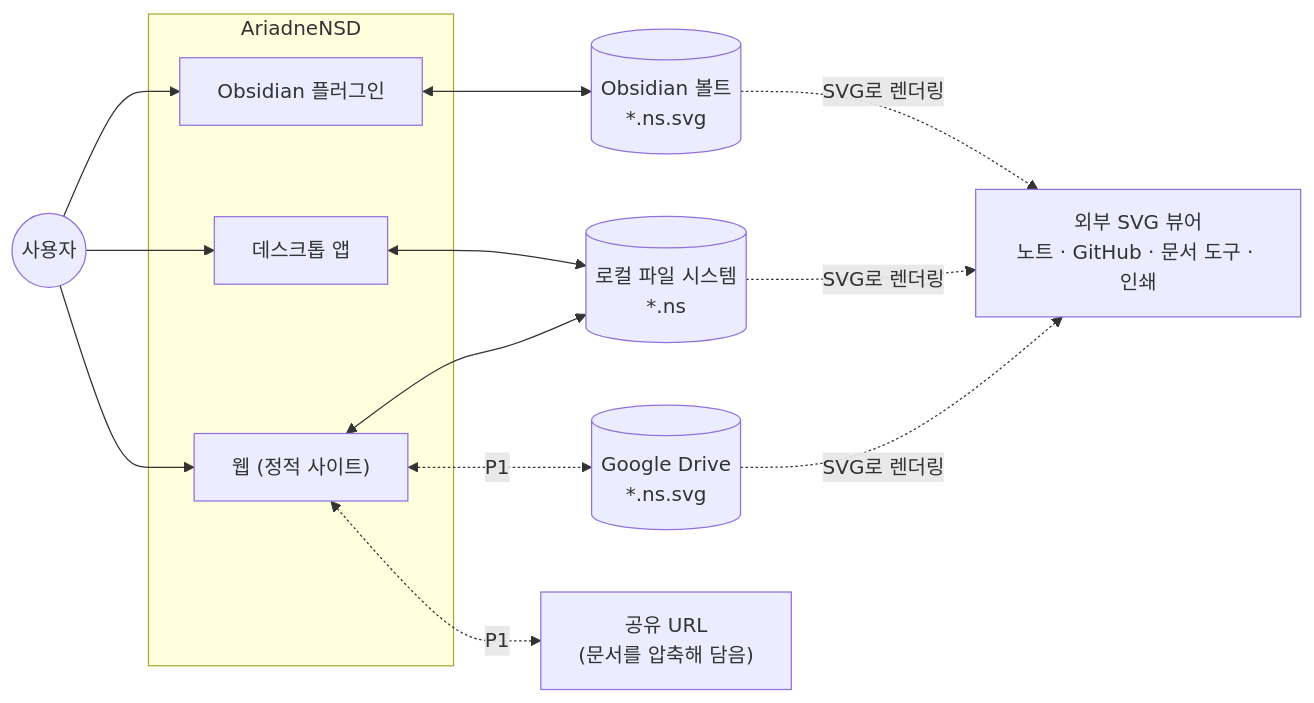
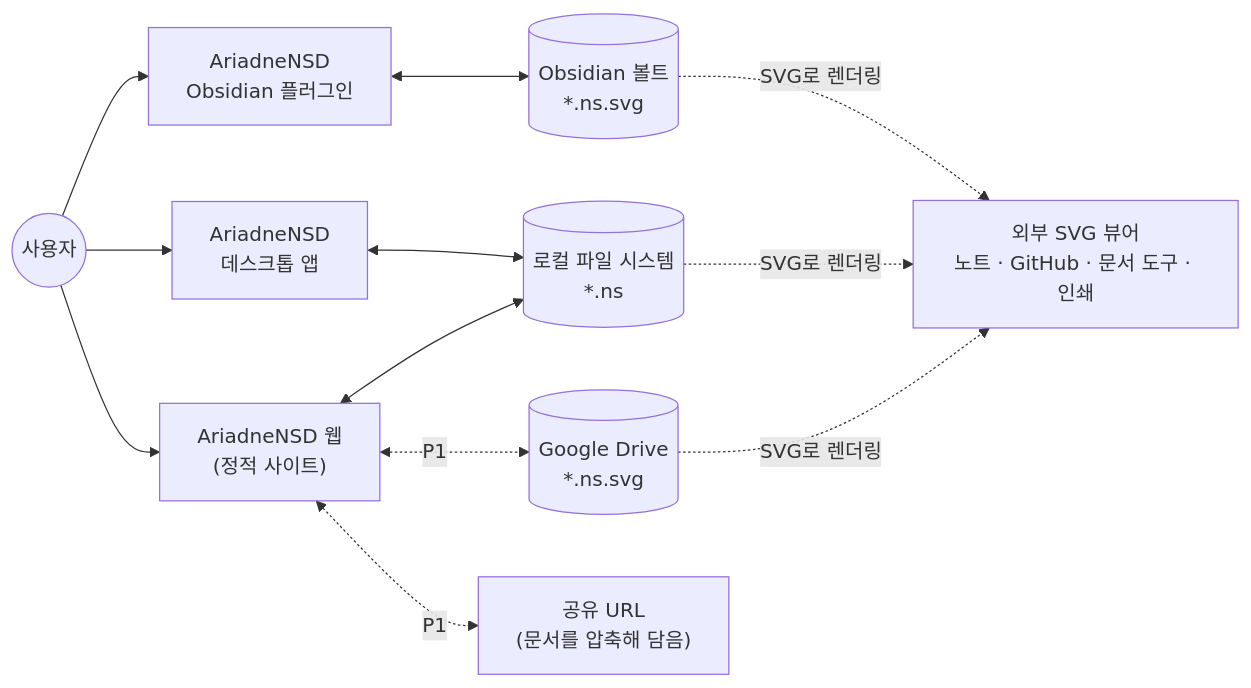
Before and after one commit to reddiana/AriadneNSD: the first of 6 diagrams in docs/03-architecture/03-architecture.md, drawn with Mermaid. The commit also changed other lines of this file, not shown here.

Commit message:
docs(architecture): 앱 셋은 따로 실행되는 프로그램임을 컨텍스트에 밝히고, C&C 장은 웹만 그렸다고 적음

````diff
--- a/docs/03-architecture/03-architecture.md
+++ b/docs/03-architecture/03-architecture.md
@@ -51,21 +51,19 @@
 ```mermaid
 flowchart LR
     user(("사용자"))
-    subgraph apps["AriadneNSD"]
-        obs["Obsidian 플러그인"]
-        dsk["데스크톱 앱"]
-        web["웹 (정적 사이트)"]
-    end
+    obs["AriadneNSD<br/>Obsidian 플러그인"]
+    dsk["AriadneNSD<br/>데스크톱 앱"]
+    web["AriadneNSD 웹<br/>(정적 사이트)"]
     vault[("Obsidian 볼트<br/>*.ns.svg")]
     fs[("로컬 파일 시스템<br/>*.ns")]
     drive[("Google Drive<br/>*.ns.svg")]
     url["공유 URL<br/>(문서를 압축해 담음)"]
     viewer["외부 SVG 뷰어<br/>노트 · GitHub · 문서 도구 · 인쇄"]
     user --> obs & dsk & web
     obs <--> vault
     dsk <--> fs
     web <--> fs
     web <-.P1.-> drive
     web <-.P1.-> url
     vault & fs & drive -.SVG로 렌더링.-> viewer
 ```
````
